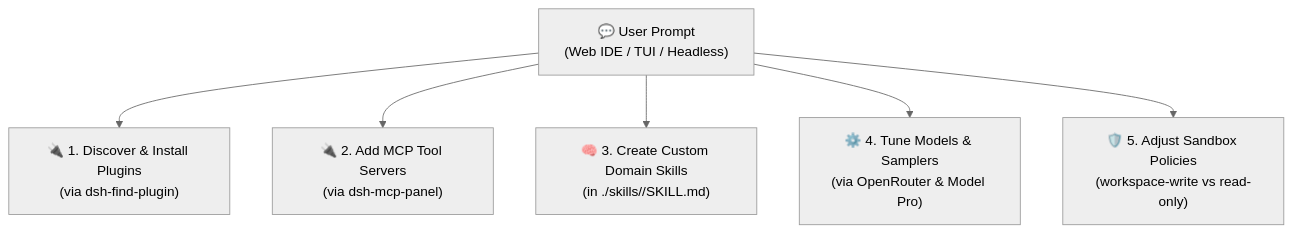
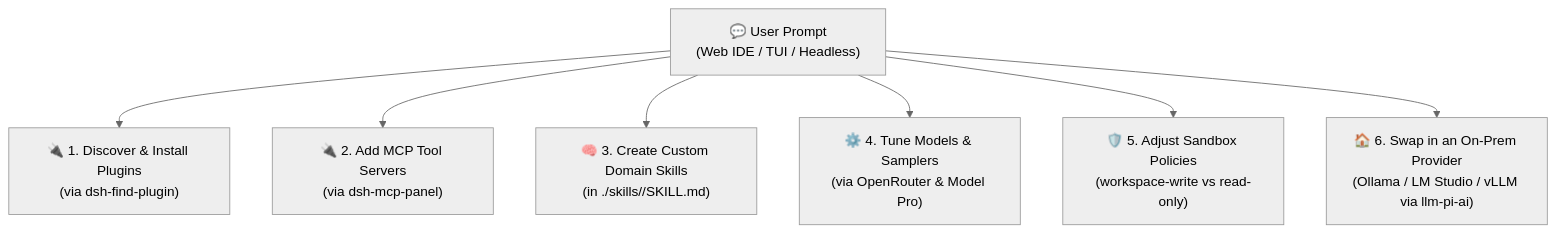
Before and after one commit to hdjebar/deepseek-harness-workspace: the diagram in docs/customization.md, drawn with Mermaid (neutral theme). The commit also changed other lines of this file, not shown here.

First line of the commit message:
docs(customization): explain switching to a local/on-prem AI provider

````diff
--- a/docs/customization.md
+++ b/docs/customization.md
@@ -9,8 +9,9 @@
 ```mermaid
 flowchart TD
     PROMPT["💬 User Prompt\n(Web IDE / TUI / Headless)"] --> ACTION1["🔌 1. Discover & Install Plugins\n(via dsh-find-plugin)"]
     PROMPT --> ACTION2["🔌 2. Add MCP Tool Servers\n(via dsh-mcp-panel)"]
     PROMPT --> ACTION3["🧠 3. Create Custom Domain Skills\n(in ./skills/<name>/SKILL.md)"]
     PROMPT --> ACTION4["⚙️ 4. Tune Models & Samplers\n(via OpenRouter & Model Pro)"]
     PROMPT --> ACTION5["🛡️ 5. Adjust Sandbox Policies\n(workspace-write vs read-only)"]
+    PROMPT --> ACTION6["🏠 6. Swap in an On-Prem Provider\n(Ollama / LM Studio / vLLM via llm-pi-ai)"]
 ```
````
